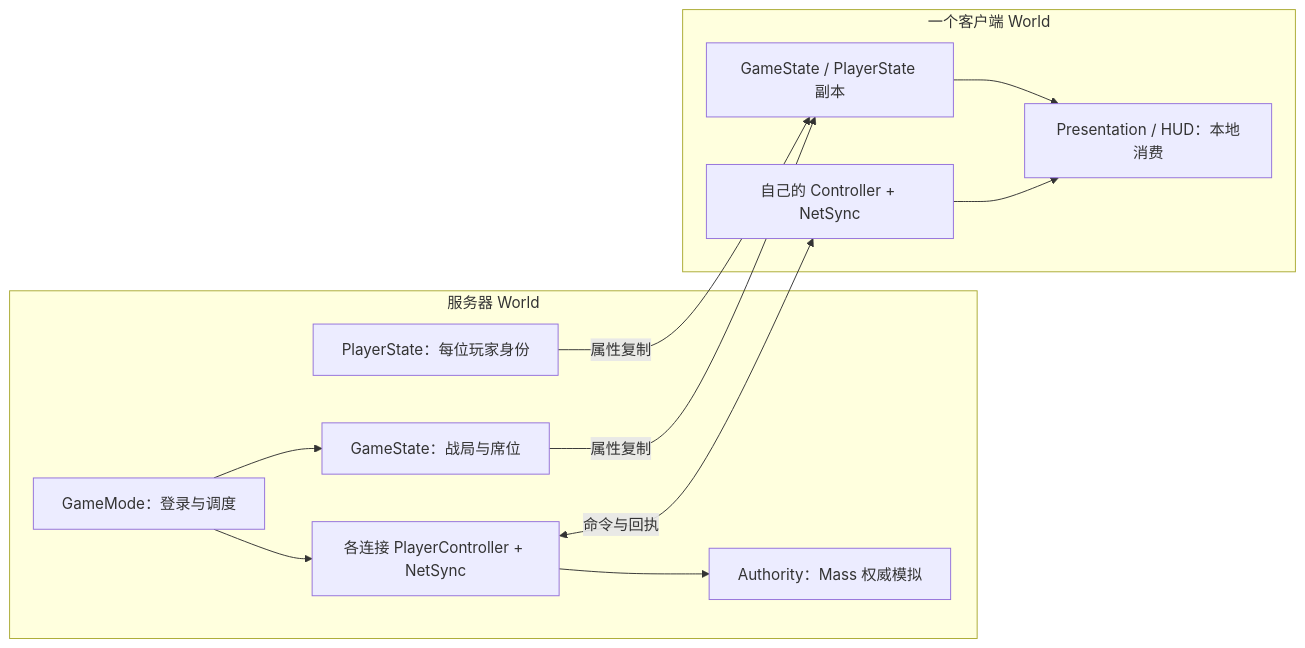
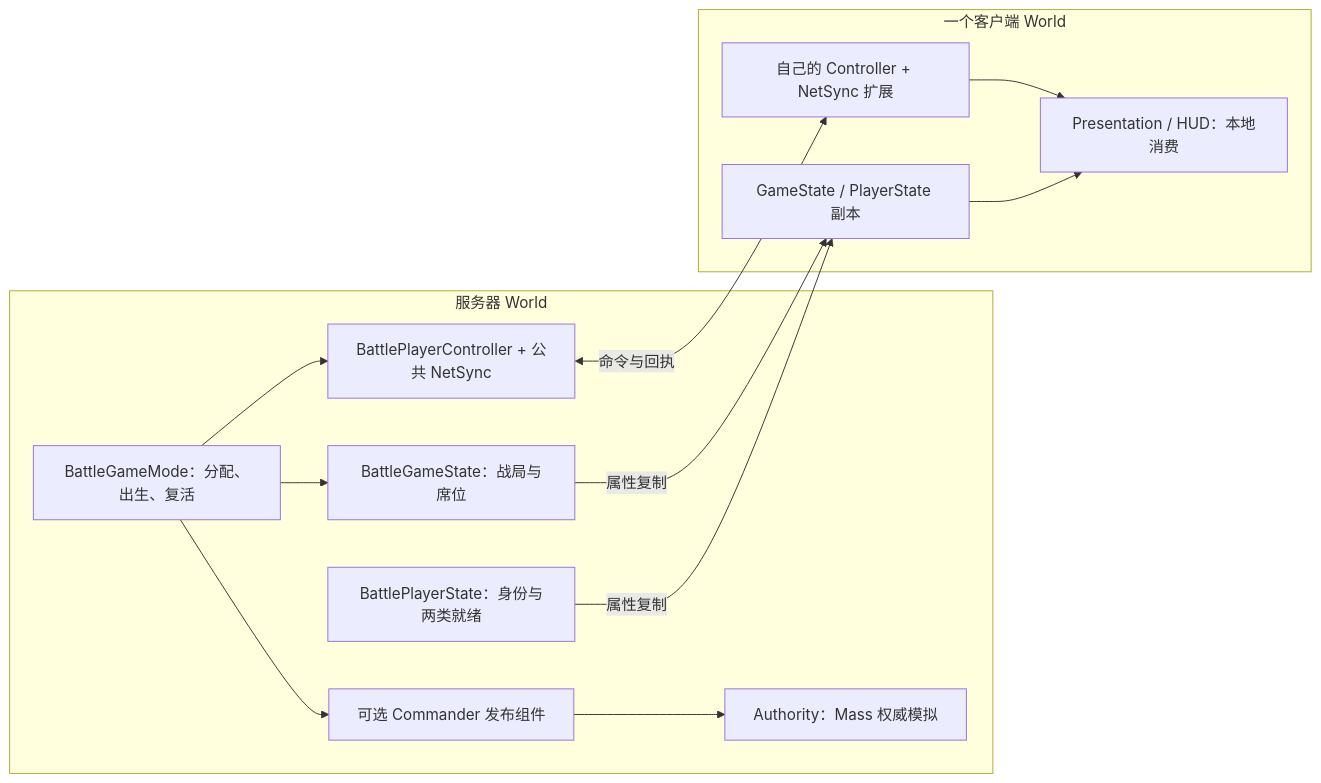
Before and after one commit to QHXRPG-A/GuLiStrike: the diagram in Progress/DevelopmentDocumentation/UE网络教材/01-UE网络模型与对象职责.md, drawn with Mermaid. The commit also changed other lines of this file and 82 other files, not shown here.

````diff
--- a/Progress/DevelopmentDocumentation/UE网络教材/01-UE网络模型与对象职责.md
+++ b/Progress/DevelopmentDocumentation/UE网络教材/01-UE网络模型与对象职责.md
@@ -19,23 +19,25 @@
 ```mermaid
 flowchart LR
   subgraph S["服务器 World"]
-    GM["GameMode：登录与调度"]
-    GS["GameState：战局与席位"]
-    PS["PlayerState：每位玩家身份"]
-    PC["各连接 PlayerController + NetSync"]
+    GM["BattleGameMode：分配、出生、复活"]
+    GS["BattleGameState：战局与席位"]
+    PS["BattlePlayerState：身份与两类就绪"]
+    PC["BattlePlayerController + 公共 NetSync"]
+    PUB["可选 Commander 发布组件"]
     AU["Authority：Mass 权威模拟"]
     GM --> GS
     GM --> PC
-    PC --> AU
+    GM --> PUB
+    PUB --> AU
   end
   subgraph C["一个客户端 World"]
     CG["GameState / PlayerState 副本"]
-    CC["自己的 Controller + NetSync"]
+    CC["自己的 Controller + NetSync 扩展"]
     V["Presentation / HUD：本地消费"]
     CC --> V
     CG --> V
   end
   GS -->|属性复制| CG
   PS -->|属性复制| CG
   PC <-->|命令与回执| CC
 ```
````
